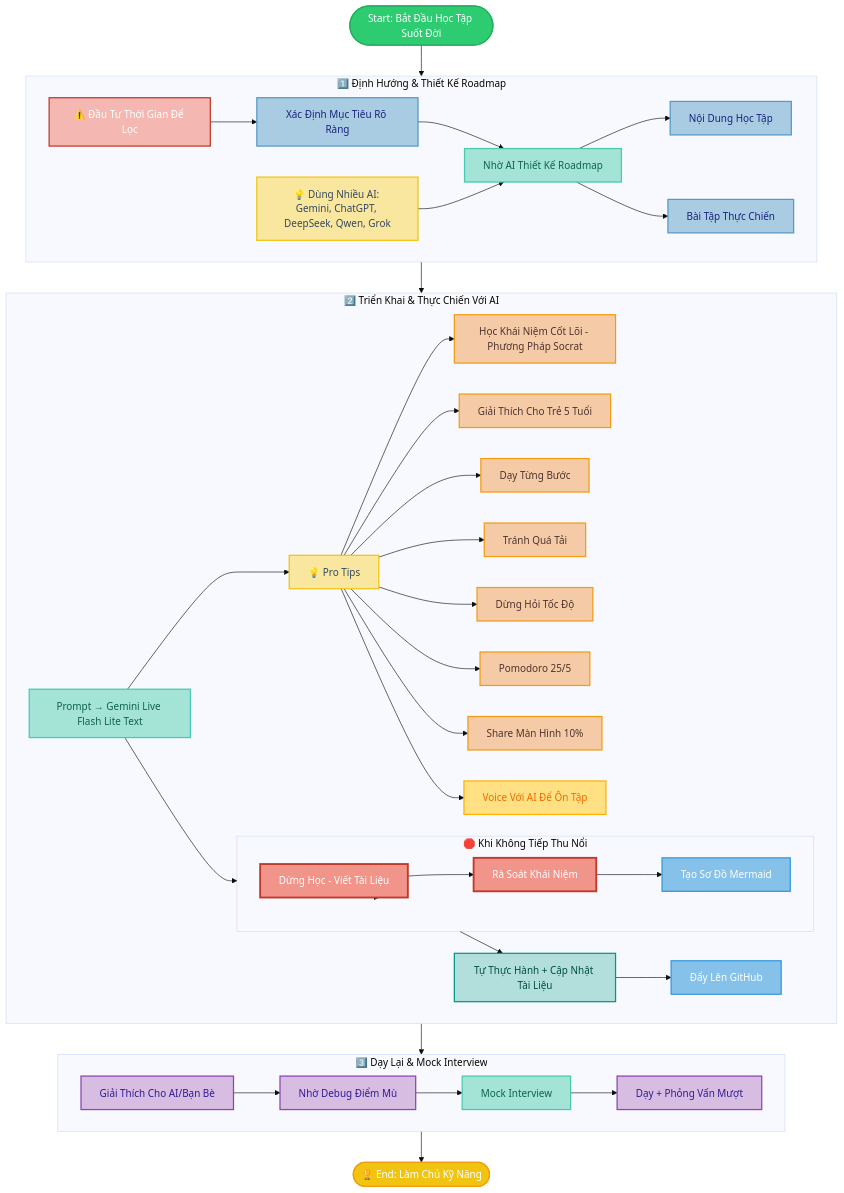
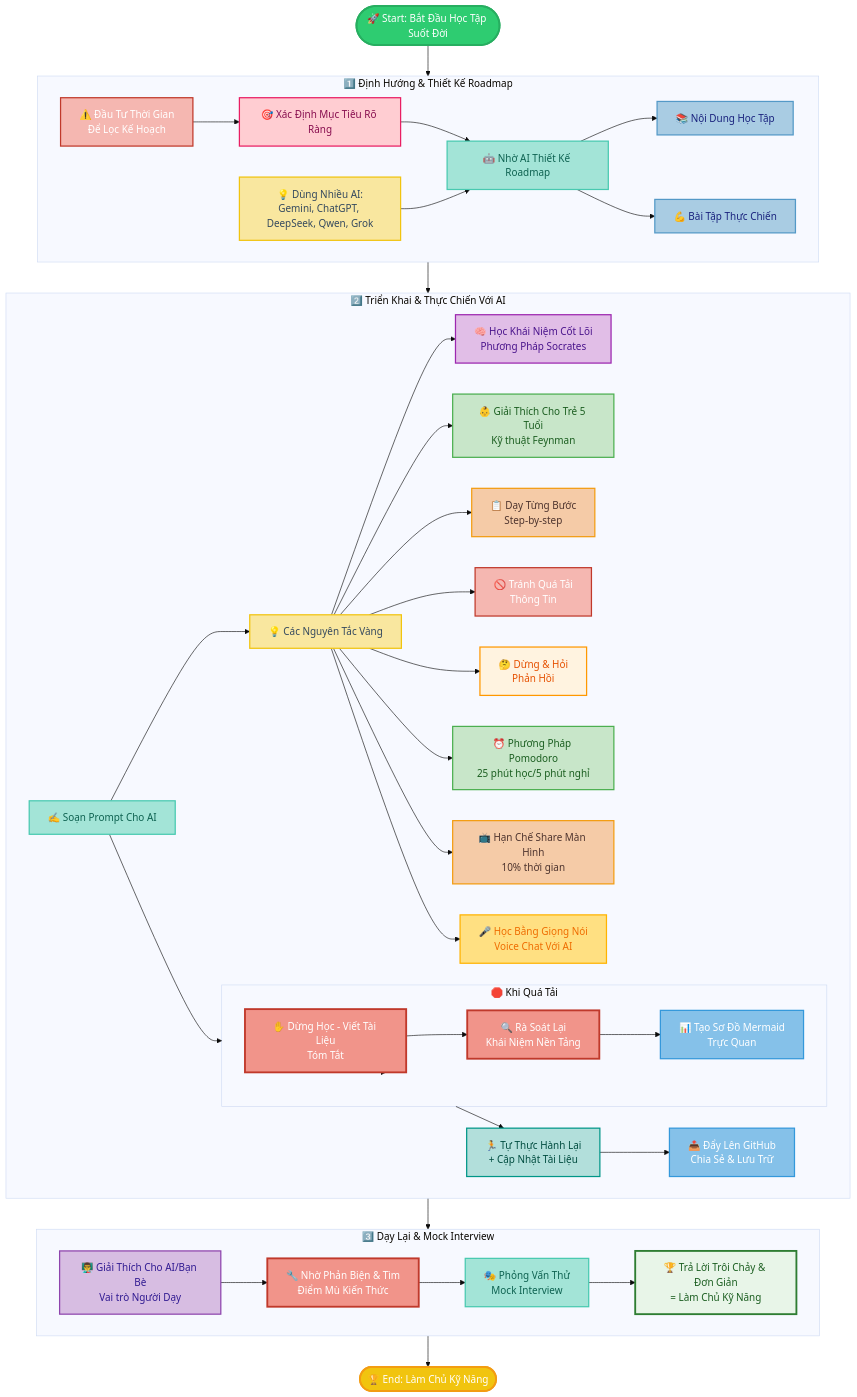
The first of 9 diagrams in README.md (khanhnk-phuctho/lifelong-learning), drawn with Mermaid (base theme) before and after one commit. The commit also changed other lines of this file, not shown here.

````diff
--- a/README.md
+++ b/README.md
@@ -75,14 +75,15 @@
 ```mermaid
 flowchart TB
     %% --- ĐỊNH NGHĨA PHONG CÁCH (STYLE DEFINITIONS) ---
-    classDef startStyle fill:#2ecc71,color:#fff,stroke:#27ae60,stroke-width:2px;
-    classDef endStyle fill:#f1c40f,color:#fff,stroke:#f39c12,stroke-width:2px;
-   
-    %% Màu cho từng bước
+    classDef startStyle fill:#2ecc71,color:#fff,stroke:#27ae60,stroke-width:3px;
+    classDef endStyle fill:#f1c40f,color:#fff,stroke:#f39c12,stroke-width:3px;
+
+    %% Màu cho từng bước - Palette mới
     classDef step1_node fill:#a9cce3,stroke:#5499c7,stroke-width:2px,color:#1a237e;
     classDef step2_node fill:#f5cba7,stroke:#f39c12,stroke-width:2px,color:#4e342e;
     classDef step3_node fill:#d7bde2,stroke:#8e44ad,stroke-width:2px,color:#311b92;
-    %% Màu cho các node đặc biệt
+    
+    %% Màu cho các node đặc biệt - Thêm nhiều màu mới
     classDef proTip fill:#f9e79f,stroke:#f1c40f,stroke-width:2px,color:#34495e;
     classDef warning fill:#f5b7b1,stroke:#c0392b,stroke-width:2px,color:#fff;
     classDef aiNode fill:#a3e4d7,stroke:#48c9b0,stroke-width:2px,color:#0e6251;
@@ -90,60 +91,75 @@
     classDef criticalNode fill:#f1948a,stroke:#c0392b,stroke-width:3px,color:#fff;
     classDef voiceNode fill:#ffe082,stroke:#ffb300,stroke-width:2px,color:#ef6c00;
     classDef practiceNode fill:#b2dfdb,stroke:#009688,stroke-width:2px,color:#004d40;
+    
+    %% Thêm màu mới
+    classDef goalNode fill:#ffcdd2,stroke:#e91e63,stroke-width:2px,color:#880e4f;
+    classDef conceptNode fill:#e1bee7,stroke:#9c27b0,stroke-width:2px,color:#4a148c;
+    classDef methodNode fill:#c8e6c9,stroke:#4caf50,stroke-width:2px,color:#1b5e20;
+    classDef feedbackNode fill:#fff3e0,stroke:#ff9800,stroke-width:2px,color:#e65100;
+    classDef masterNode fill:#e8f5e8,stroke:#2e7d32,stroke-width:3px,color:#1b5e20;
+
     %% --- SƠ ĐỒ CHÍNH (MAIN FLOW) ---
-    Start([Start: Bắt Đầu Học Tập Suốt Đời]):::startStyle
+    Start([🚀 Start: Bắt Đầu Học Tập Suốt Đời]):::startStyle
     End([🏆 End: Làm Chủ Kỹ Năng]):::endStyle
+    
     Start --> Step1
     Step1 --> Step2
     Step2 --> Step3
     Step3 --> End
+
     %% --- BƯỚC 1 ---
     subgraph Step1 [1️⃣ Định Hướng & Thiết Kế Roadmap]
-        Goal[Xác Định Mục Tiêu Rõ Ràng]:::step1_node
-        AI_Design[Nhờ AI Thiết Kế Roadmap]:::aiNode
-        Content[Nội Dung Học Tập]:::step1_node
-        Exercises[Bài Tập Thực Chiến]:::step1_node
-        ProTip1[💡 Dùng Nhiều AI: Gemini, ChatGPT, DeepSeek, Qwen, Grok]:::proTip
-        Warning[⚠️ Đầu Tư Thời Gian Để Lọc]:::warning
-       
+        Goal[🎯 Xác Định Mục Tiêu Rõ Ràng]:::goalNode
+        AI_Design[🤖 Nhờ AI Thiết Kế Roadmap]:::aiNode
+        Content[📚 Nội Dung Học Tập]:::step1_node
+        Exercises[💪 Bài Tập Thực Chiến]:::step1_node
+        ProTip1[💡 Dùng Nhiều AI:<br/>Gemini, ChatGPT, DeepSeek, Qwen, Grok]:::proTip
+        Warning[⚠️ Đầu Tư Thời Gian<br/>Để Lọc Kế Hoạch]:::warning
+
         Goal --> AI_Design
         AI_Design --> Content & Exercises
         ProTip1 --> AI_Design
         Warning --> Goal
     end
+
     %% --- BƯỚC 2 ---
     subgraph Step2 [2️⃣ Triển Khai & Thực Chiến Với AI]
-        Prompt[Prompt → Gemini Live Flash Lite Text]:::aiNode
-        ProTips[💡 Pro Tips]:::proTip
-        CoreConcepts[Học Khái Niệm Cốt Lõi - Phương Pháp Socrat]:::step2_node
-        ExplainChild[Giải Thích Cho Trẻ 5 Tuổi]:::step2_node
-        StepByStep[Dạy Từng Bước]:::step2_node
-        NoOverload[Tránh Quá Tải]:::step2_node
-        AskFeedback[Dừng Hỏi Tốc Độ]:::step2_node
-        Pomodoro[Pomodoro 25/5]:::step2_node
-        ShareScreen[Share Màn Hình 10%]:::step2_node
-        Voice[Voice Với AI Để Ôn Tập]:::voiceNode
-       
-        subgraph OverloadBlock [🛑 Khi Không Tiếp Thu Nổi]
-            StopAndWrite[Dừng Học - Viết Tài Liệu]:::criticalNode
-            ReviewConcepts[Rà Soát Khái Niệm]:::criticalNode
-            MermaidDiagram[Tạo Sơ Đồ Mermaid]:::actionNode
+        Prompt[✍️ Soạn Prompt Cho AI]:::aiNode
+        ProTips[💡 Các Nguyên Tắc Vàng]:::proTip
+        CoreConcepts[🧠 Học Khái Niệm Cốt Lõi<br/>Phương Pháp Socrates]:::conceptNode
+        ExplainChild[👶 Giải Thích Cho Trẻ 5 Tuổi<br/>Kỹ thuật Feynman]:::methodNode
+        StepByStep[📋 Dạy Từng Bước<br/>Step-by-step]:::step2_node
+        NoOverload[🚫 Tránh Quá Tải<br/>Thông Tin]:::warning
+        AskFeedback[🤔 Dừng & Hỏi<br/>Phản Hồi]:::feedbackNode
+        Pomodoro[⏰ Phương Pháp Pomodoro<br/>25 phút học/5 phút nghỉ]:::methodNode
+        ShareScreen[📺 Hạn Chế Share Màn Hình<br/>10% thời gian]:::step2_node
+        Voice[🎤 Học Bằng Giọng Nói<br/>Voice Chat Với AI]:::voiceNode
+
+        subgraph OverloadBlock [🛑 Khi Quá Tải]
+            StopAndWrite[✋ Dừng Học - Viết Tài Liệu<br/>Tóm Tắt]:::criticalNode
+            ReviewConcepts[🔍 Rà Soát Lại<br/>Khái Niệm Nền Tảng]:::criticalNode
+            MermaidDiagram[📊 Tạo Sơ Đồ Mermaid<br/>Trực Quan]:::actionNode
         end
-        SelfPractice[Tự Thực Hành + Cập Nhật Tài Liệu]:::practiceNode
-        PushGit[Đẩy Lên GitHub]:::actionNode
+        
+        SelfPractice[🏃 Tự Thực Hành Lại<br/>+ Cập Nhật Tài Liệu]:::practiceNode
+        PushGit[📤 Đẩy Lên GitHub<br/>Chia Sẻ & Lưu Trữ]:::actionNode
+
         Prompt --> ProTips
         ProTips --> CoreConcepts & ExplainChild & StepByStep & NoOverload & AskFeedback & Pomodoro & ShareScreen & Voice
         Prompt --> OverloadBlock
         OverloadBlock --> StopAndWrite --> ReviewConcepts --> MermaidDiagram
         OverloadBlock --> SelfPractice --> PushGit
     end
+
     %% --- BƯỚC 3 ---
     subgraph Step3 [3️⃣ Dạy Lại & Mock Interview]
-        Explain[Giải Thích Cho AI/Bạn Bè]:::step3_node
-        Debug[Nhờ Debug Điểm Mù]:::step3_node
-        Mock[Mock Interview]:::aiNode
-        Mastery[Dạy + Phỏng Vấn Mượt]:::step3_node
-       
+        Explain[👨‍🏫 Giải Thích Cho AI/Bạn Bè<br/>Vai trò Người Dạy]:::step3_node
+        Debug[🔧 Nhờ Phản Biện & Tìm<br/>Điểm Mù Kiến Thức]:::criticalNode
+        Mock[🎭 Phỏng Vấn Thử<br/>Mock Interview]:::aiNode
+        Mastery[🏆 Trả Lời Trôi Chảy & Đơn Giản<br/>= Làm Chủ Kỹ Năng]:::masterNode
+
         Explain --> Debug --> Mock --> Mastery
     end
+
 ```
````
